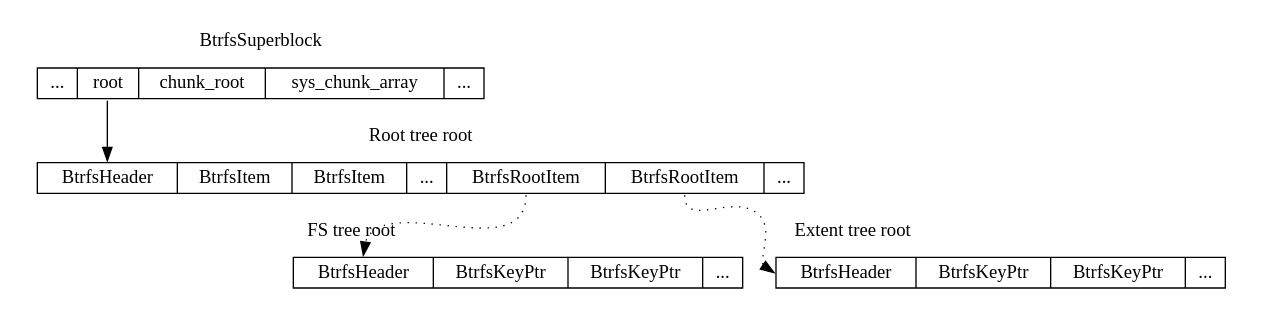
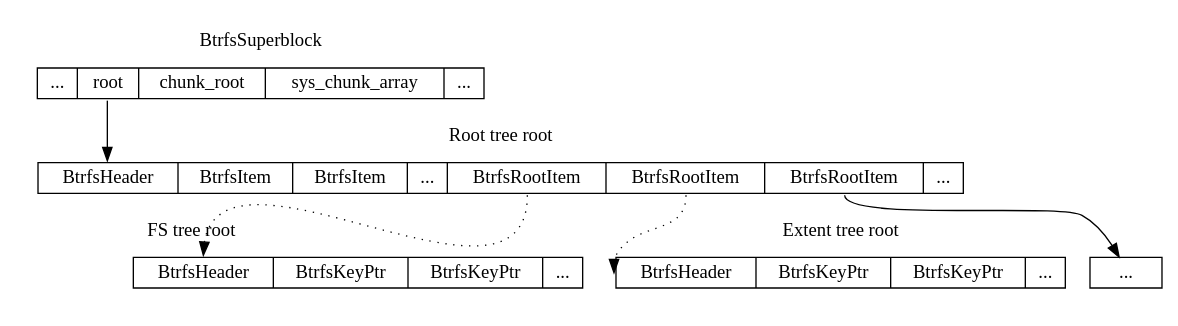
One commit to danobi/dxuuu.xyz changed the diagram in examples/btrfs-internals-4/tree.dot. Above: the diagram before and after it, drawn with Graphviz. The commit also changed 1 other file, not shown here.

Commit message:
btrfs-internals-4: Add an extra root node

```diff
--- a/examples/btrfs-internals-4/tree.dot
+++ b/examples/btrfs-internals-4/tree.dot
@@ -1,35 +1,35 @@
 // dot tree.dot -o tree.png -T png
 
 digraph F {
   node [shape = record, height = .1];
 
   subgraph cluster_1 {
     n0 [label = "<f0> ... | <f1> root | <f2> chunk_root | <f3> sys_chunk_array  | <f4> ..."];
     label = "BtrfsSuperblock";
     pencolor = transparent;
   }
 
   subgraph cluster_2 {
-    n1 [label = "<f0> BtrfsHeader | <f1> BtrfsItem | <f2> BtrfsItem | <f3> ... | <f4> BtrfsRootItem | <f5> BtrfsRootItem | <f6> ..."];
+    n1 [label = "<f0> BtrfsHeader | <f1> BtrfsItem | <f2> BtrfsItem | <f3> ... | <f4> BtrfsRootItem | <f5> BtrfsRootItem | <f6> BtrfsRootItem | <f7> ..."];
     label = "Root tree root";
     pencolor = transparent;
   }
 
   subgraph cluster_3 {
     n2 [label = "<f0> BtrfsHeader | <f1> BtrfsKeyPtr | <f2> BtrfsKeyPtr | <f3> ..."];
     label = "FS tree root";
     labeljust = "l";
     pencolor = transparent;
   }
 
   subgraph cluster_4 {
     n3 [label = "<f0> BtrfsHeader | <f1> BtrfsKeyPtr | <f2> BtrfsKeyPtr | <f3> ..."];
     label = "Extent tree root";
-    labeljust = "l";
     pencolor = transparent;
   }
 
   "n0":f1 -> "n1":f0;
   "n1":f4 -> "n2":f0 [style = "dotted"];
   "n1":f5 -> "n3":f0 [style = "dotted"];
+  "n1":f6 -> "..."
 }
```
